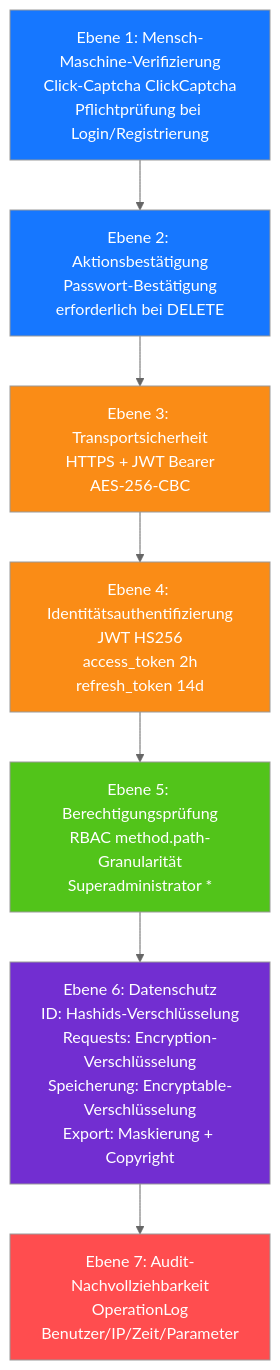
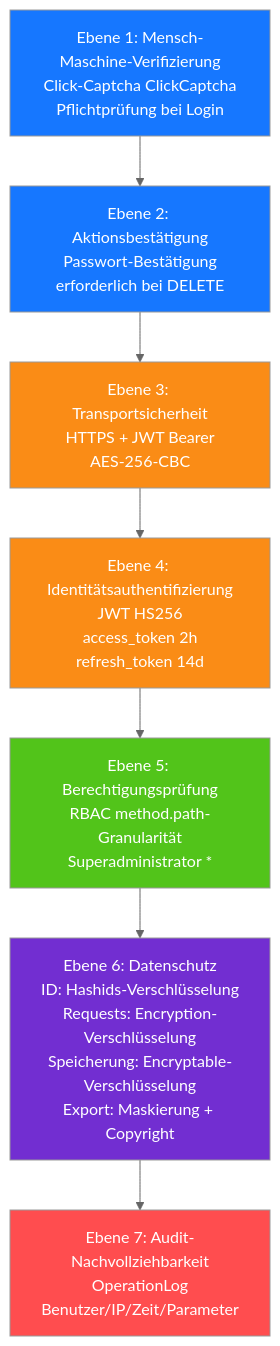
Before and after one commit to erikwang2013/open-admin: the diagram in docs/diagrams/11-security-defense.de.md, drawn with Mermaid (neutral theme). The commit also changed 115 other files, not shown here.

First line of the commit message:
功能：新增项目宠物「小安」、站点首页与手写 SVG 设计图集；全部文档对齐代码

````diff
--- a/docs/diagrams/11-security-defense.de.md
+++ b/docs/diagrams/11-security-defense.de.md
@@ -7,20 +7,20 @@
 ```mermaid
 flowchart TB
-    l1["Ebene 1: Mensch-Maschine-Verifizierung<br/>Click-Captcha ClickCaptcha<br/>Pflichtprüfung bei Login/Registrierung"]
+    l1["Ebene 1: Mensch-Maschine-Verifizierung<br/>Click-Captcha ClickCaptcha<br/>Pflichtprüfung bei Login"]
     l2["Ebene 2: Aktionsbestätigung<br/>Passwort-Bestätigung<br/>erforderlich bei DELETE"]
     l3["Ebene 3: Transportsicherheit<br/>HTTPS + JWT Bearer<br/>AES-256-CBC"]
     l4["Ebene 4: Identitätsauthentifizierung<br/>JWT HS256<br/>access_token 2h<br/>refresh_token 14d"]
     l5["Ebene 5: Berechtigungsprüfung<br/>RBAC method.path-Granularität<br/>Superadministrator *"]
     l6["Ebene 6: Datenschutz<br/>ID: Hashids-Verschlüsselung<br/>Requests: Encryption-Verschlüsselung<br/>Speicherung: Encryptable-Verschlüsselung<br/>Export: Maskierung + Copyright"]
     l7["Ebene 7: Audit-Nachvollziehbarkeit<br/>OperationLog<br/>Benutzer/IP/Zeit/Parameter"]
 
     l1 --> l2 --> l3 --> l4 --> l5 --> l6 --> l7
 
     style l1 fill:#1677FF,color:#fff
     style l2 fill:#1677FF,color:#fff
     style l3 fill:#FA8C16,color:#fff
     style l4 fill:#FA8C16,color:#fff
     style l5 fill:#52C41A,color:#fff
     style l6 fill:#722ED1,color:#fff
     style l7 fill:#FF4D4F,color:#fff
 ```
````
